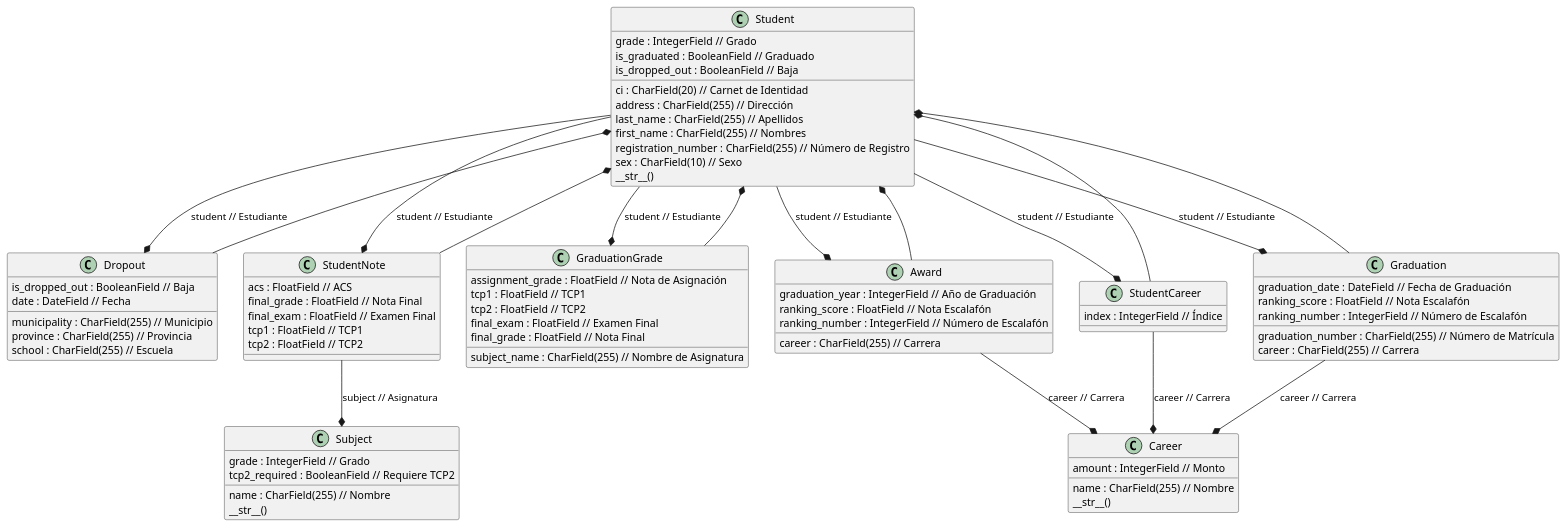
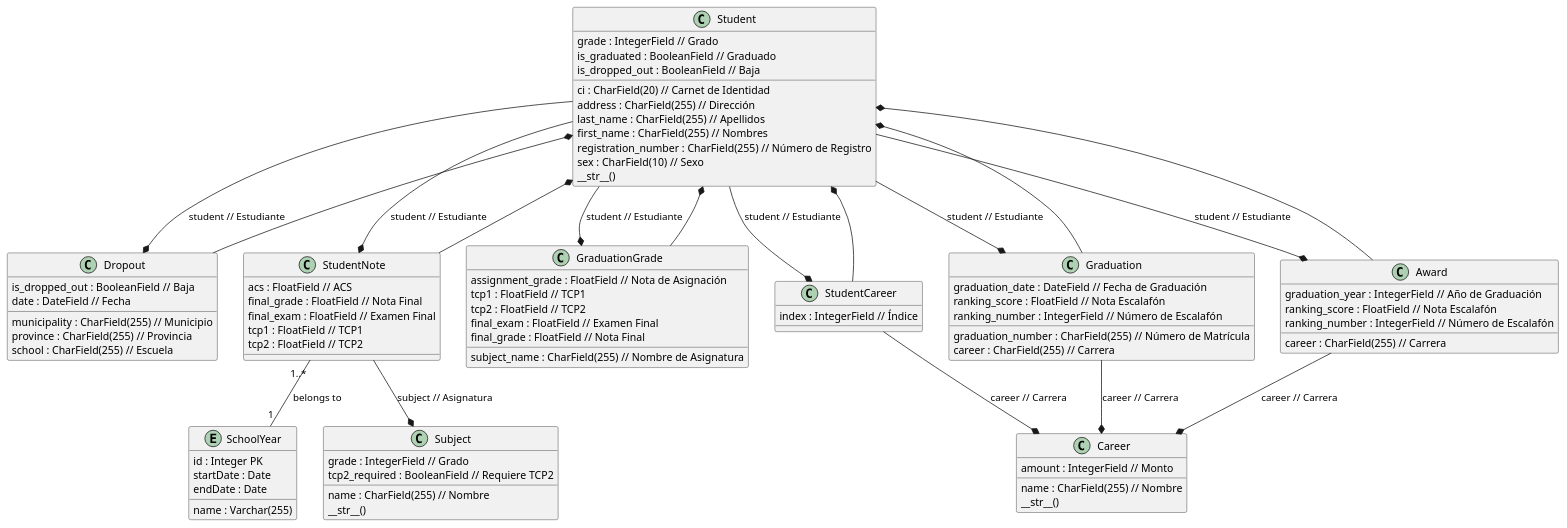
One commit to critBus/notas_estudiantes_back_drf changed the diagram in docs/diagrams/src/architecture_overview.wsd. Above: the diagram before and after it, drawn with PlantUML. The commit also changed 3 other files, not shown here.

Commit message:
add SchoolYear

```diff
--- a/docs/diagrams/src/architecture_overview.wsd
+++ b/docs/diagrams/src/architecture_overview.wsd
@@ -1,92 +1,101 @@
 @startuml
 
 class Student {
     ci : CharField(20) // Carnet de Identidad
     address : CharField(255) // Dirección
     grade : IntegerField // Grado
     last_name : CharField(255) // Apellidos
     first_name : CharField(255) // Nombres
     registration_number : CharField(255) // Número de Registro
     sex : CharField(10) // Sexo
     is_graduated : BooleanField // Graduado
     is_dropped_out : BooleanField // Baja
     __str__()
 }
 
 class Dropout {
     is_dropped_out : BooleanField // Baja
     date : DateField // Fecha
     municipality : CharField(255) // Municipio
     province : CharField(255) // Provincia
     school : CharField(255) // Escuela
 }
 
 class Career {
     amount : IntegerField // Monto
     name : CharField(255) // Nombre
     __str__()
 }
 
 class Graduation {
     graduation_number : CharField(255) // Número de Matrícula
     graduation_date : DateField // Fecha de Graduación
     career : CharField(255) // Carrera
     ranking_score : FloatField // Nota Escalafón
     ranking_number : IntegerField // Número de Escalafón
 }
 
 class GraduationGrade {
     subject_name : CharField(255) // Nombre de Asignatura
     assignment_grade : FloatField // Nota de Asignación
     tcp1 : FloatField // TCP1
     tcp2 : FloatField // TCP2
     final_exam : FloatField // Examen Final
     final_grade : FloatField // Nota Final
 }
 
 class Subject {
     grade : IntegerField // Grado
     name : CharField(255) // Nombre
     tcp2_required : BooleanField // Requiere TCP2
     __str__()
 }
 
+entity SchoolYear {
+    id : Integer PK
+    startDate : Date
+    endDate : Date
+    name : Varchar(255)
+}
+
 class StudentNote {
     acs : FloatField // ACS
     final_grade : FloatField // Nota Final
     final_exam : FloatField // Examen Final
     tcp1 : FloatField // TCP1
     tcp2 : FloatField // TCP2
 }
 
 class Award {
     graduation_year : IntegerField // Año de Graduación
     career : CharField(255) // Carrera
     ranking_score : FloatField // Nota Escalafón
     ranking_number : IntegerField // Número de Escalafón
 }
 
 class StudentCareer {
     index : IntegerField // Índice
 }
+
+StudentNote "1..*" -- "1" SchoolYear : belongs to
 
 Student --* Dropout : student // Estudiante
 Student --* Graduation : student // Estudiante
 Student --* GraduationGrade : student // Estudiante
 Student --* StudentNote : student // Estudiante
 Student --* Award : student // Estudiante
 Student --* StudentCareer : student // Estudiante
 
 Dropout --* Student
 Graduation --* Student
 GraduationGrade --* Student
 StudentNote --* Student
 Award --* Student
 StudentCareer --* Student
 
 StudentNote --* Subject : subject // Asignatura
 StudentCareer --* Career : career // Carrera
 Graduation --* Career : career // Carrera
 Award --* Career : career // Carrera
 
 @enduml
```
